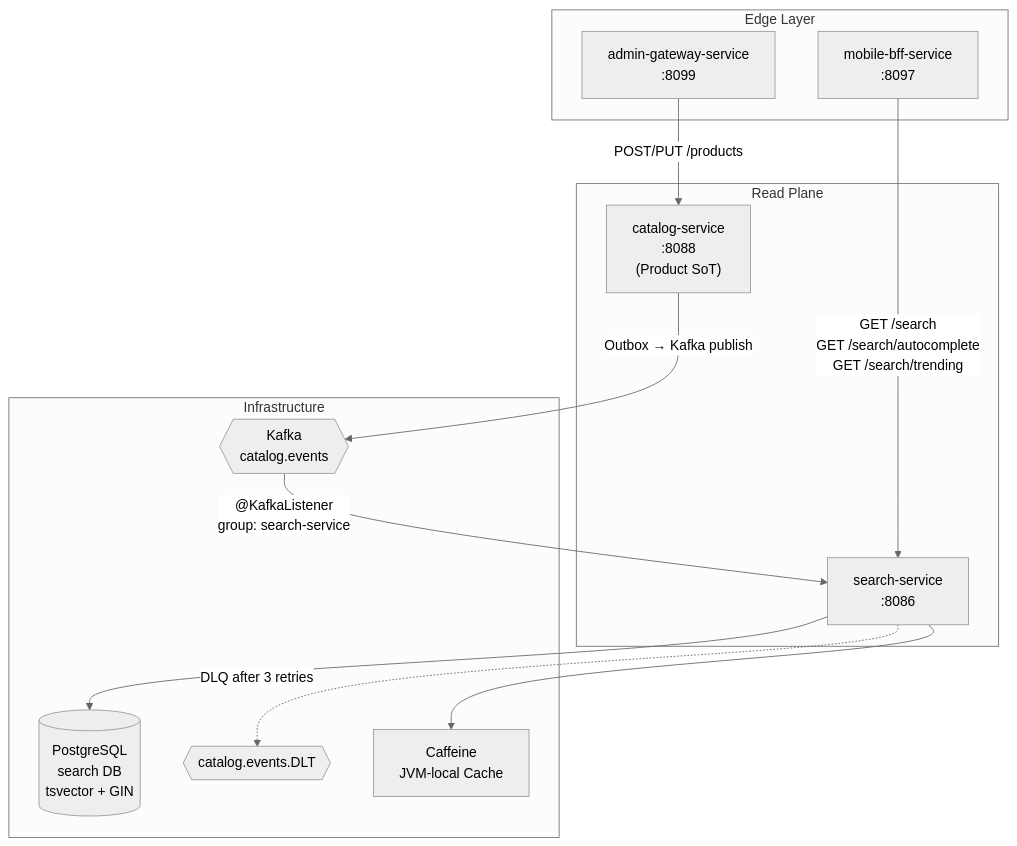
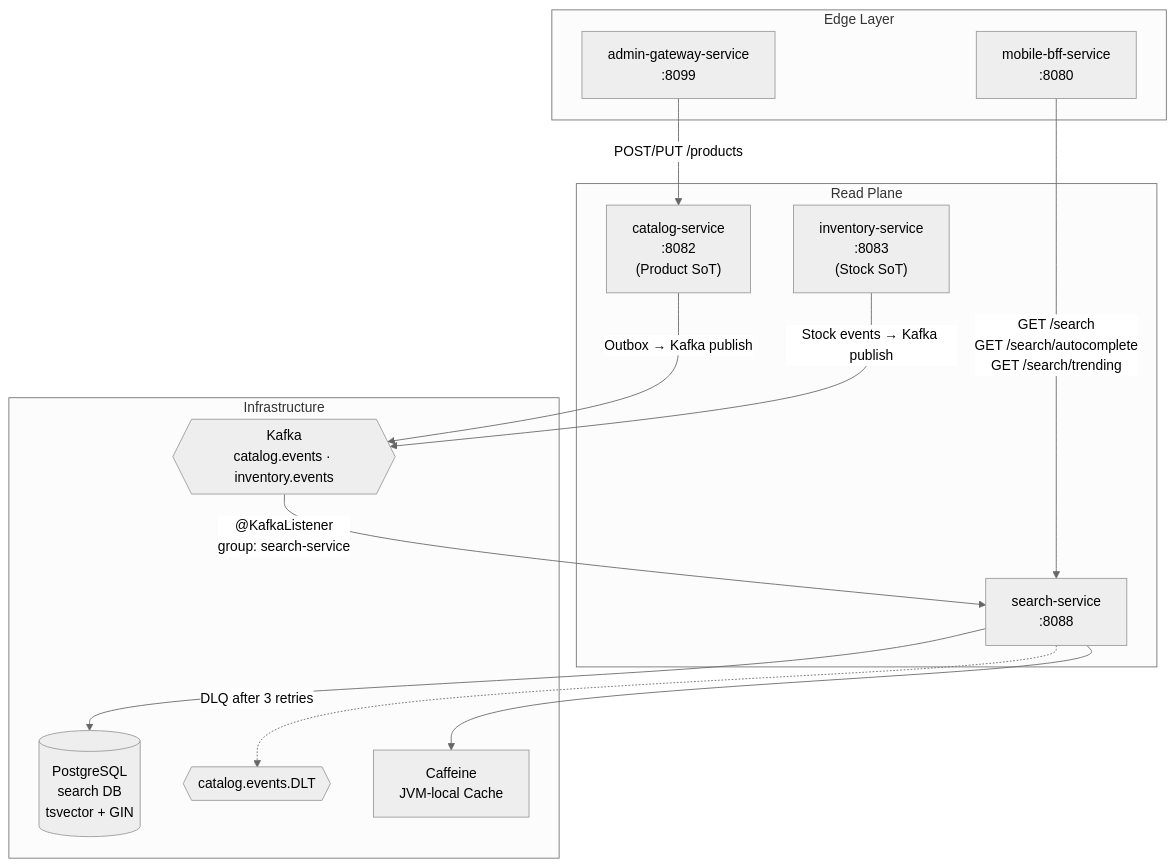
One commit to sunitakeazycommerz-a11y/InstaCommerce changed the first of 7 diagrams in services/search-service/README.md. Above: the diagram before and after it, drawn with Mermaid (neutral theme). The commit also changed other lines of this file and 33 other files, not shown here.

````diff
--- a/services/search-service/README.md
+++ b/services/search-service/README.md
@@ -61,27 +61,29 @@
 ```mermaid
 graph TB
     subgraph Edge Layer
-        BFF["mobile-bff-service<br/>:8097"]
+        BFF["mobile-bff-service<br/>:8080"]
         AGW["admin-gateway-service<br/>:8099"]
     end
 
     subgraph Read Plane
-        SC["search-service<br/>:8086"]
-        CAT["catalog-service<br/>:8088<br/>(Product SoT)"]
+        SC["search-service<br/>:8088"]
+        CAT["catalog-service<br/>:8082<br/>(Product SoT)"]
+        INV["inventory-service<br/>:8083<br/>(Stock SoT)"]
     end
 
     subgraph Infrastructure
         PG[("PostgreSQL<br/>search DB<br/>tsvector + GIN")]
-        KF{{"Kafka<br/>catalog.events"}}
+        KF{{"Kafka<br/>catalog.events · inventory.events"}}
         DLT{{"catalog.events.DLT"}}
         CACHE["Caffeine<br/>JVM-local Cache"]
     end
 
     BFF -->|"GET /search<br/>GET /search/autocomplete<br/>GET /search/trending"| SC
     AGW -->|"POST/PUT /products"| CAT
     CAT -->|"Outbox → Kafka publish"| KF
+    INV -->|"Stock events → Kafka publish"| KF
     KF -->|"@KafkaListener<br/>group: search-service"| SC
     SC --> PG
     SC --> CACHE
     SC -.->|"DLQ after 3 retries"| DLT
 ```
````
